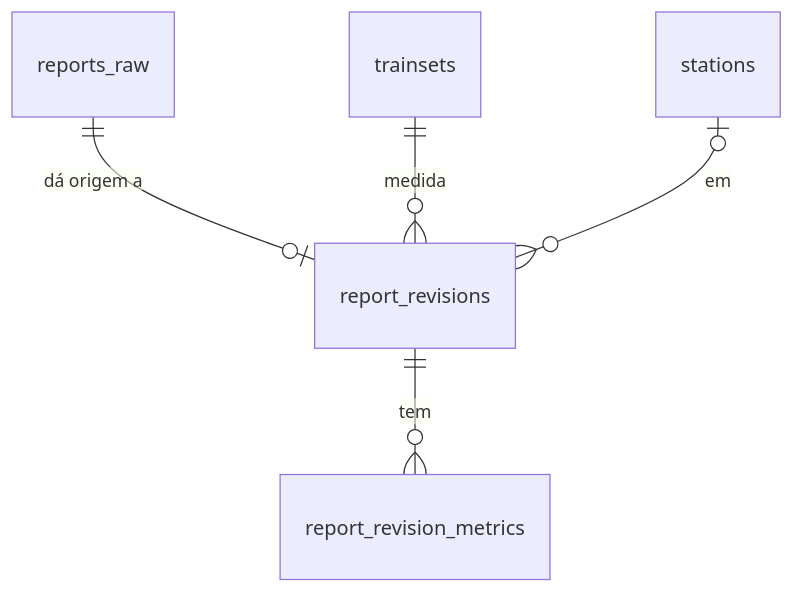
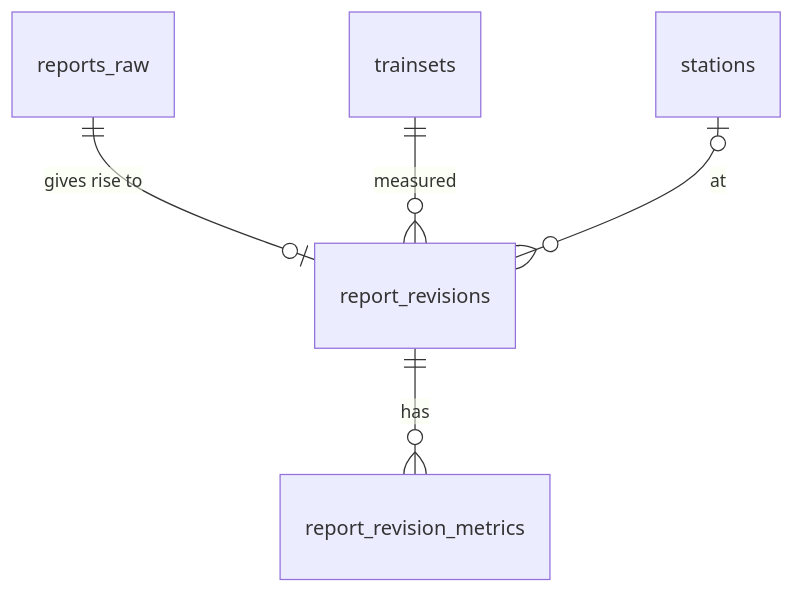
One commit to denysbp/Railtrace changed the tenth of 17 diagrams in docs/schema.md. Above: the diagram before and after it, drawn with Mermaid. The commit also changed other lines of this file and 64 other files, not shown here.

````diff
--- a/docs/schema.md
+++ b/docs/schema.md
@@ -310,7 +310,7 @@
 ```mermaid
 erDiagram
-    reports_raw ||--o| report_revisions : "dá origem a"
-    report_revisions ||--o{ report_revision_metrics : "tem"
-    trainsets ||--o{ report_revisions : "medida"
-    stations |o--o{ report_revisions : "em"
+    reports_raw ||--o| report_revisions : "gives rise to"
+    report_revisions ||--o{ report_revision_metrics : "has"
+    trainsets ||--o{ report_revisions : "measured"
+    stations |o--o{ report_revisions : "at"
 ```
````
